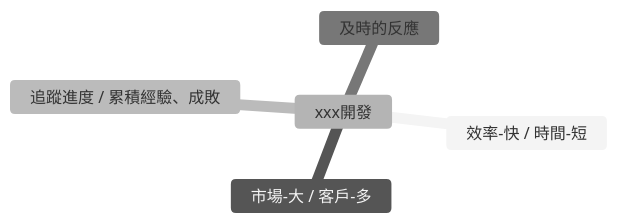
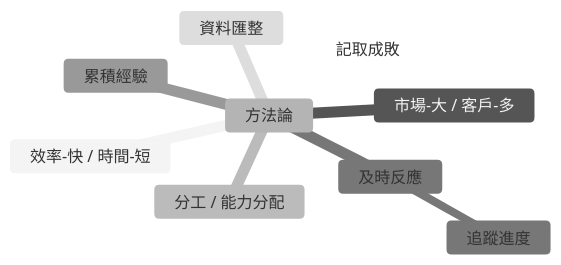
The third of 3 diagrams in helper_DevelopmentandManage.md (lankahsu520/HelperX), drawn with Mermaid (neutral theme) before and after one commit. The commit also changed other lines of this file, not shown here.

````diff
--- a/helper_DevelopmentandManage.md
+++ b/helper_DevelopmentandManage.md
@@ -360,8 +355,12 @@
 ```mermaid
 mindmap
-	xxx開發
+	方法論
 		效率-快 / 時間-短
 		市場-大 / 客戶-多
-		追蹤進度 / 累積經驗、成敗
-		及時的反應
+		分工 / 能力分配
+		及時反應
+    追蹤進度
+		累積經驗
+		資料匯整
+		記取成敗
 ```
````
